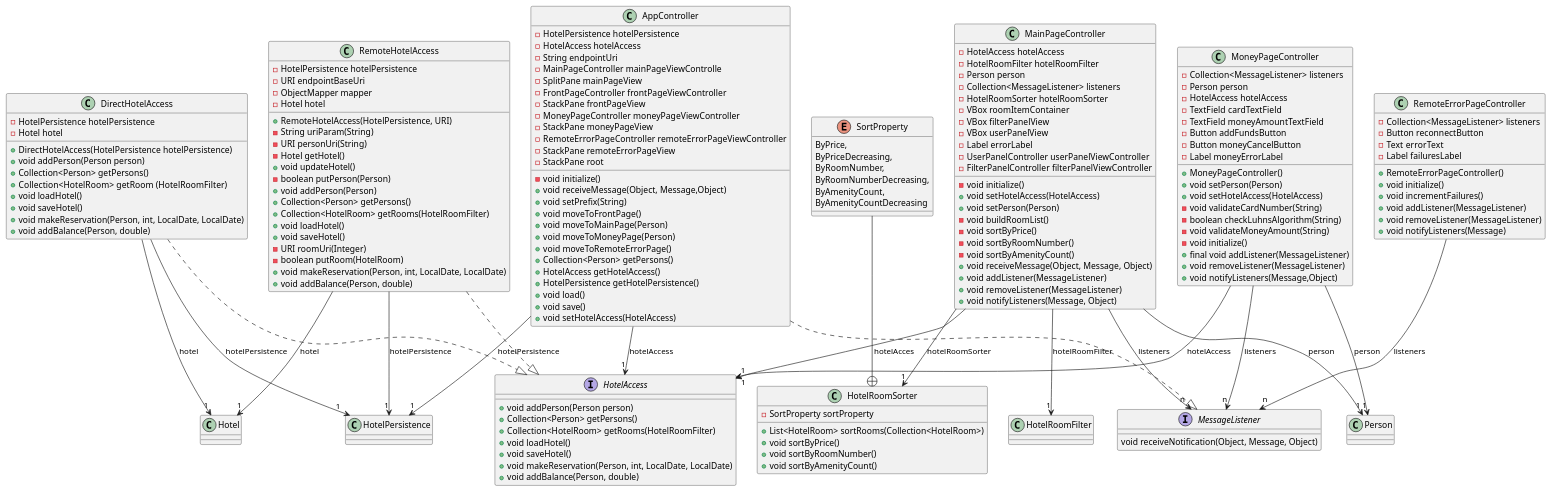
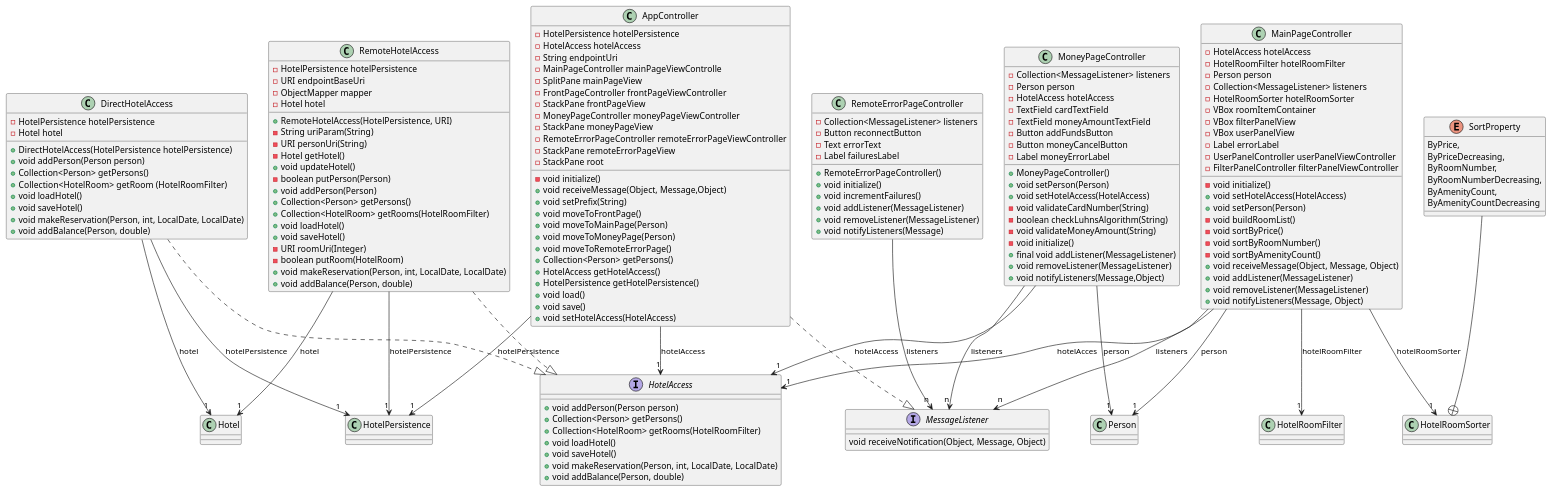
The diagram in docs/modules/ui1.md (erlendps/IT1901---HotelSys), drawn with PlantUML before and after one commit. The commit also changed 1 other file, not shown here.

Commit message:
#160 Move HotelRoomSorter to core in UML

```diff
--- a/docs/modules/ui1.md
+++ b/docs/modules/ui1.md
@@ -92,15 +92,6 @@
     + void notifyListeners(Message, Object) 
 }
 
-class HotelRoomSorter {
-    - SortProperty sortProperty
-    
-    + List<HotelRoom> sortRooms(Collection<HotelRoom>)
-    + void sortByPrice()
-    + void sortByRoomNumber()
-    + void sortByAmenityCount()
-}
-
 class MoneyPageController {
     - Collection<MessageListener> listeners
     - Person person
```
